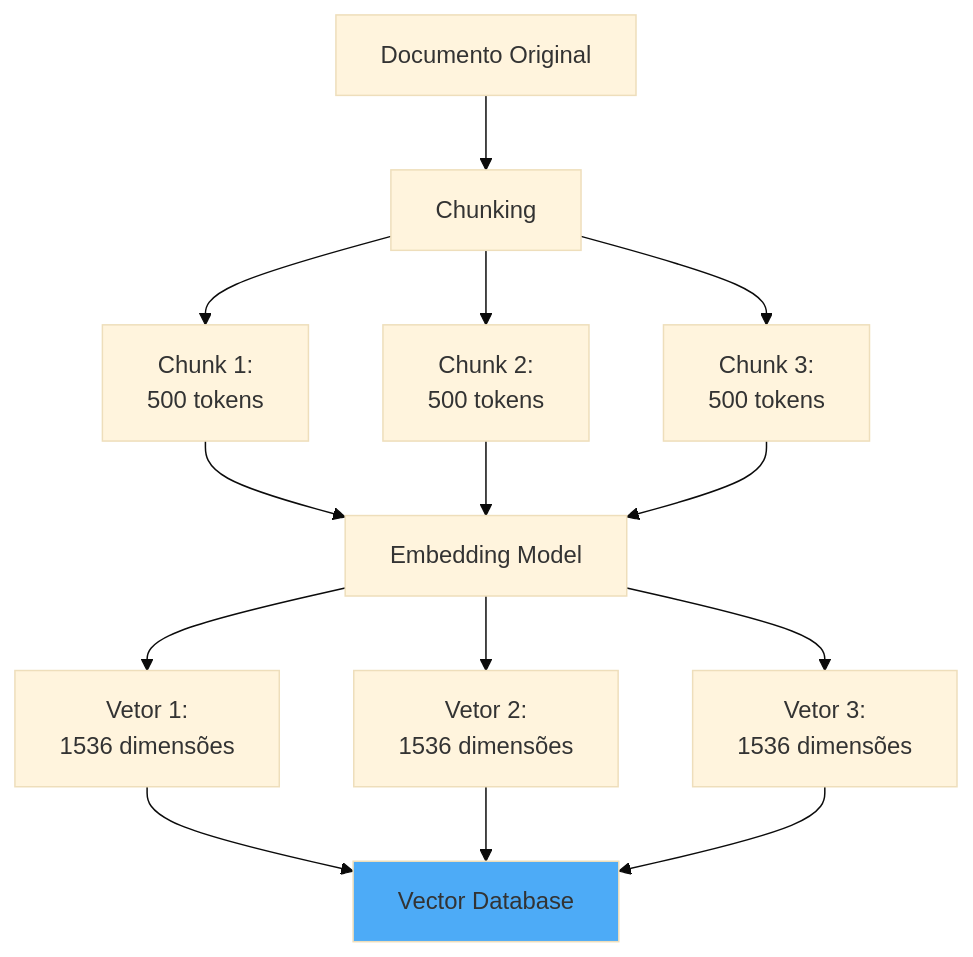
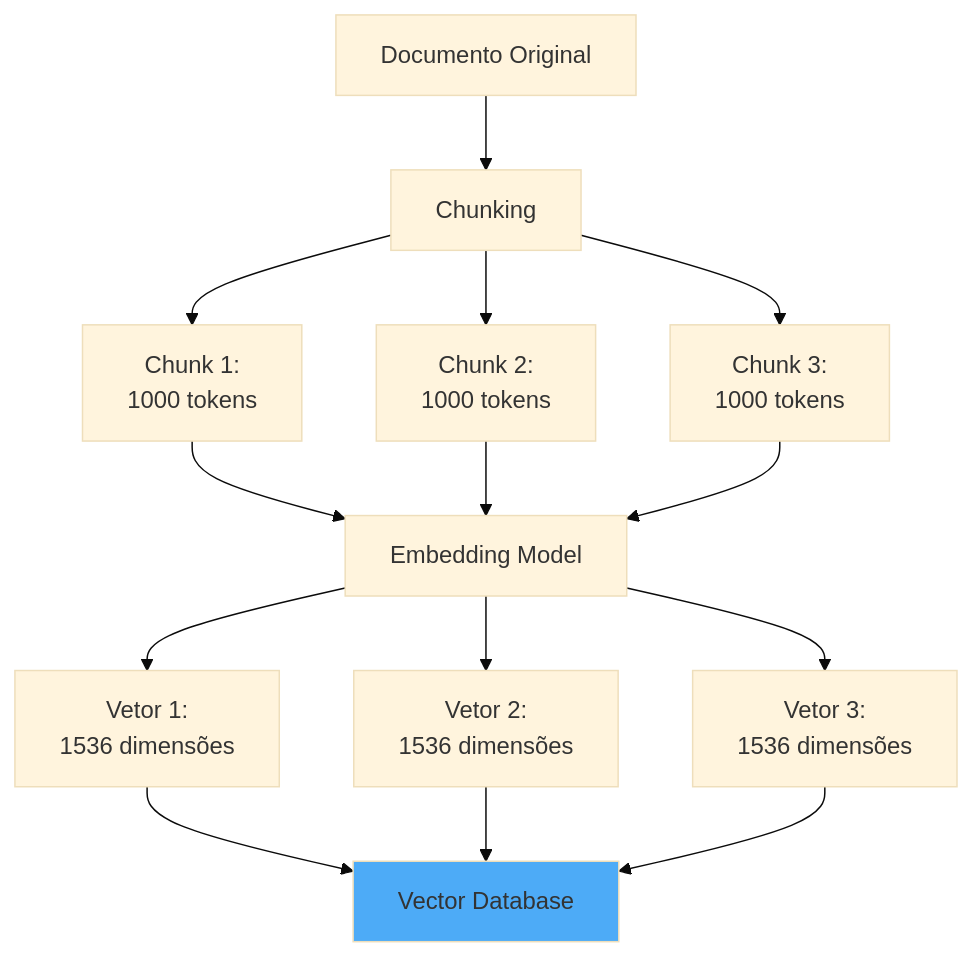
One commit to gawry/workshop-agentes-de-ia changed the ninth of 14 diagrams in slides.md. Above: the diagram before and after it, drawn with Mermaid (base theme). The commit also changed other lines of this file and 3 other files, not shown here.

````diff
--- a/slides.md
+++ b/slides.md
@@ -1909,21 +1909,21 @@
 ```mermaid {scale: 0.65}
 graph TB
     A[Documento Original] --> B[Chunking]
-    B --> C[Chunk 1:<br/>500 tokens]
-    B --> D[Chunk 2:<br/>500 tokens]
-    B --> E[Chunk 3:<br/>500 tokens]
+    B --> C[Chunk 1:<br/>1000 tokens]
+    B --> D[Chunk 2:<br/>1000 tokens]
+    B --> E[Chunk 3:<br/>1000 tokens]
     
     C --> F[Embedding Model]
     D --> F
     E --> F
     
     F --> G[Vetor 1:<br/> 1536 dimensões]
     F --> H[Vetor 2:<br/> 1536 dimensões]
     F --> I[Vetor 3:<br/> 1536 dimensões]
     
     G --> J[Vector Database]
     H --> J
     I --> J
     
     style J fill:#4dabf7
 ```
````
